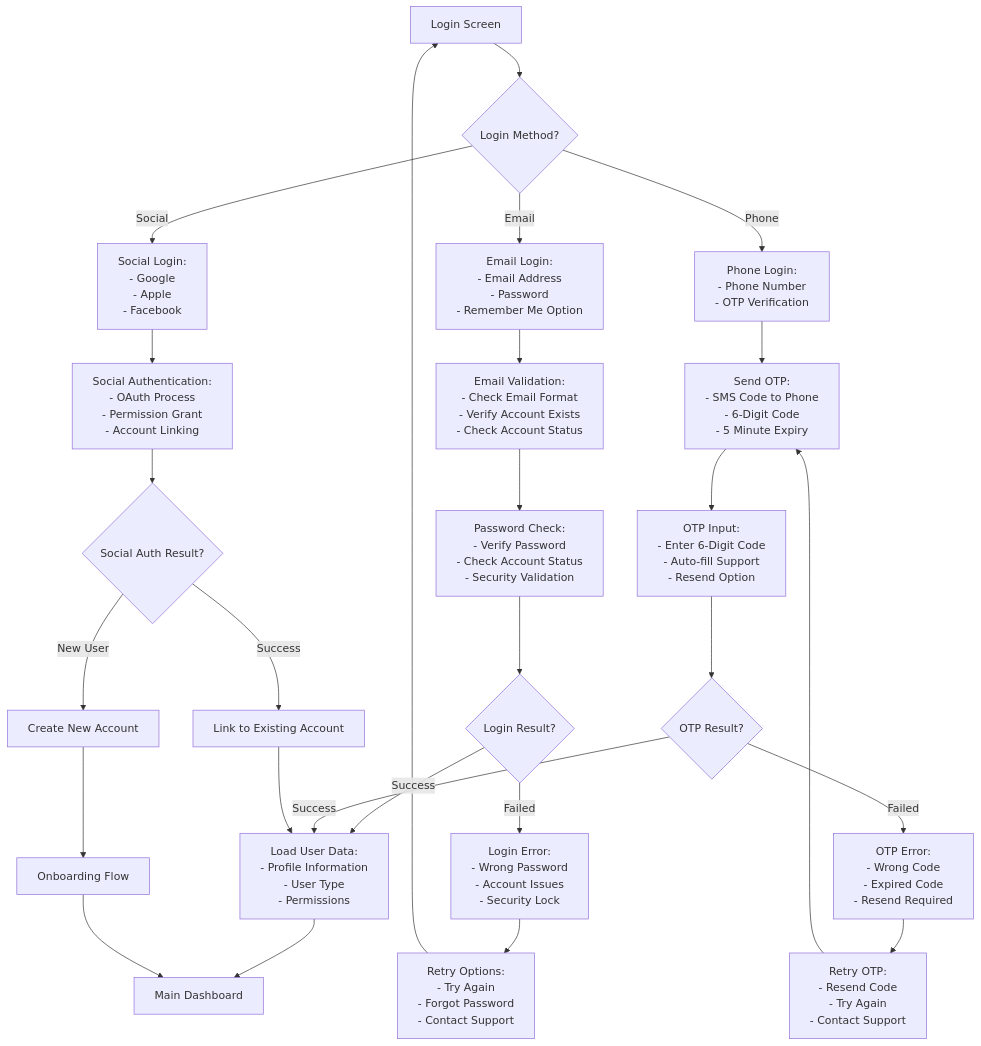
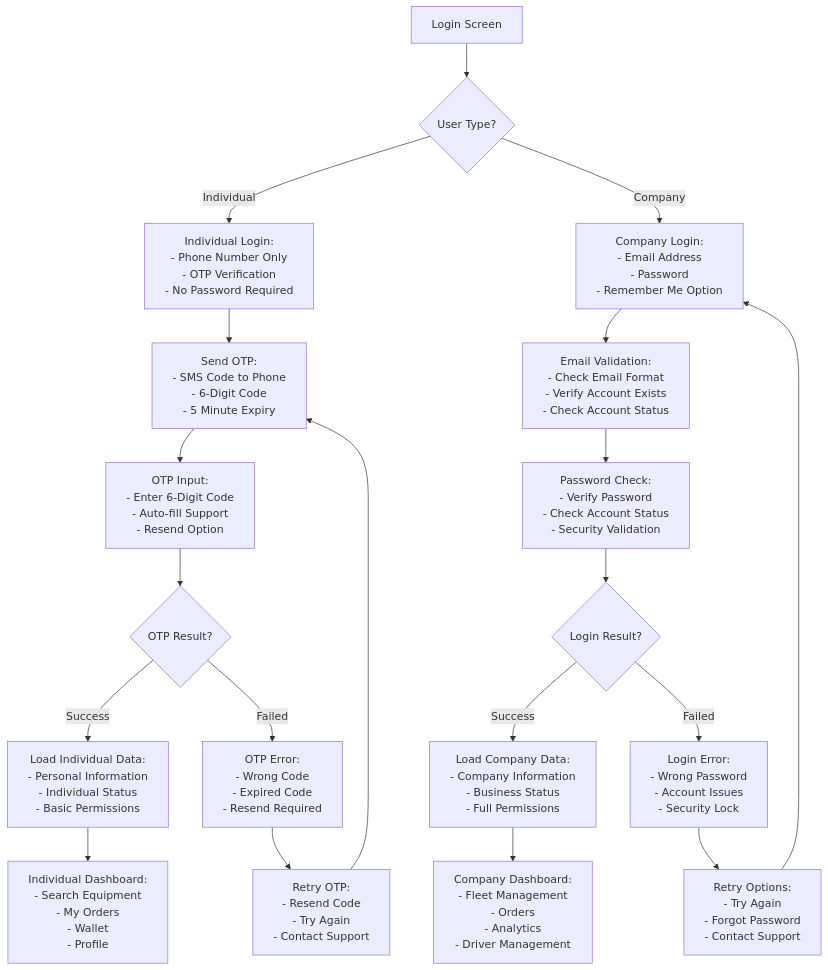
Before and after one commit to engaotb/YARDR: the third of 25 diagrams in 04_User_Experience_Flows.md, drawn with Mermaid. The commit also changed other lines of this file, not shown here.

First line of the commit message:
Fix authentication flows according to requirements

````diff
--- a/04_User_Experience_Flows.md
+++ b/04_User_Experience_Flows.md
@@ -112,43 +112,34 @@
 ```mermaid
 flowchart TD
-    LoginScreen[Login Screen] --> LoginMethod{Login Method?}
+    LoginScreen[Login Screen] --> UserType{User Type?}
     
-    LoginMethod -->|Email| EmailLogin[Email Login:<br/>- Email Address<br/>- Password<br/>- Remember Me Option]
-    LoginMethod -->|Phone| PhoneLogin[Phone Login:<br/>- Phone Number<br/>- OTP Verification]
-    LoginMethod -->|Social| SocialLogin[Social Login:<br/>- Google<br/>- Apple<br/>- Facebook]
+    UserType -->|Individual| IndividualLogin[Individual Login:<br/>- Phone Number Only<br/>- OTP Verification<br/>- No Password Required]
+    UserType -->|Company| CompanyLogin[Company Login:<br/>- Email Address<br/>- Password<br/>- Remember Me Option]
     
-    EmailLogin --> EmailValidation[Email Validation:<br/>- Check Email Format<br/>- Verify Account Exists<br/>- Check Account Status]
+    IndividualLogin --> SendOTP[Send OTP:<br/>- SMS Code to Phone<br/>- 6-Digit Code<br/>- 5 Minute Expiry]
     
-    PhoneLogin --> SendOTP[Send OTP:<br/>- SMS Code to Phone<br/>- 6-Digit Code<br/>- 5 Minute Expiry]
+    CompanyLogin --> EmailValidation[Email Validation:<br/>- Check Email Format<br/>- Verify Account Exists<br/>- Check Account Status]
     
-    SocialLogin --> SocialAuth[Social Authentication:<br/>- OAuth Process<br/>- Permission Grant<br/>- Account Linking]
+    SendOTP --> OTPInput[OTP Input:<br/>- Enter 6-Digit Code<br/>- Auto-fill Support<br/>- Resend Option]
     
     EmailValidation --> PasswordCheck[Password Check:<br/>- Verify Password<br/>- Check Account Status<br/>- Security Validation]
     
-    SendOTP --> OTPInput[OTP Input:<br/>- Enter 6-Digit Code<br/>- Auto-fill Support<br/>- Resend Option]
+    OTPInput --> OTPResult{OTP Result?}
+    PasswordCheck --> LoginResult{Login Result?}
     
-    SocialAuth --> SocialResult{Social Auth Result?}
-    SocialResult -->|Success| LinkAccount[Link to Existing Account]
-    SocialResult -->|New User| CreateAccount[Create New Account]
+    OTPResult -->|Success| LoadIndividualData[Load Individual Data:<br/>- Personal Information<br/>- Individual Status<br/>- Basic Permissions]
+    OTPResult -->|Failed| OTPError[OTP Error:<br/>- Wrong Code<br/>- Expired Code<br/>- Resend Required]
     
-    PasswordCheck --> LoginResult{Login Result?}
-    OTPInput --> OTPResult{OTP Result?}
-    
-    LoginResult -->|Success| LoadUserData[Load User Data:<br/>- Profile Information<br/>- User Type<br/>- Permissions]
+    LoginResult -->|Success| LoadCompanyData[Load Company Data:<br/>- Company Information<br/>- Business Status<br/>- Full Permissions]
     LoginResult -->|Failed| LoginError[Login Error:<br/>- Wrong Password<br/>- Account Issues<br/>- Security Lock]
     
-    OTPResult -->|Success| LoadUserData
-    OTPResult -->|Failed| OTPError[OTP Error:<br/>- Wrong Code<br/>- Expired Code<br/>- Resend Required]
+    LoadIndividualData --> IndividualDashboard[Individual Dashboard:<br/>- Search Equipment<br/>- My Orders<br/>- Wallet<br/>- Profile]
     
-    LinkAccount --> LoadUserData
-    CreateAccount --> OnboardingFlow[Onboarding Flow]
-    
-    LoadUserData --> Dashboard[Main Dashboard]
-    OnboardingFlow --> Dashboard
+    LoadCompanyData --> CompanyDashboard[Company Dashboard:<br/>- Fleet Management<br/>- Orders<br/>- Analytics<br/>- Driver Management]
     
     LoginError --> RetryOptions[Retry Options:<br/>- Try Again<br/>- Forgot Password<br/>- Contact Support]
     OTPError --> RetryOTP[Retry OTP:<br/>- Resend Code<br/>- Try Again<br/>- Contact Support]
     
-    RetryOptions --> LoginScreen
+    RetryOptions --> CompanyLogin
     RetryOTP --> SendOTP
 ```
````
